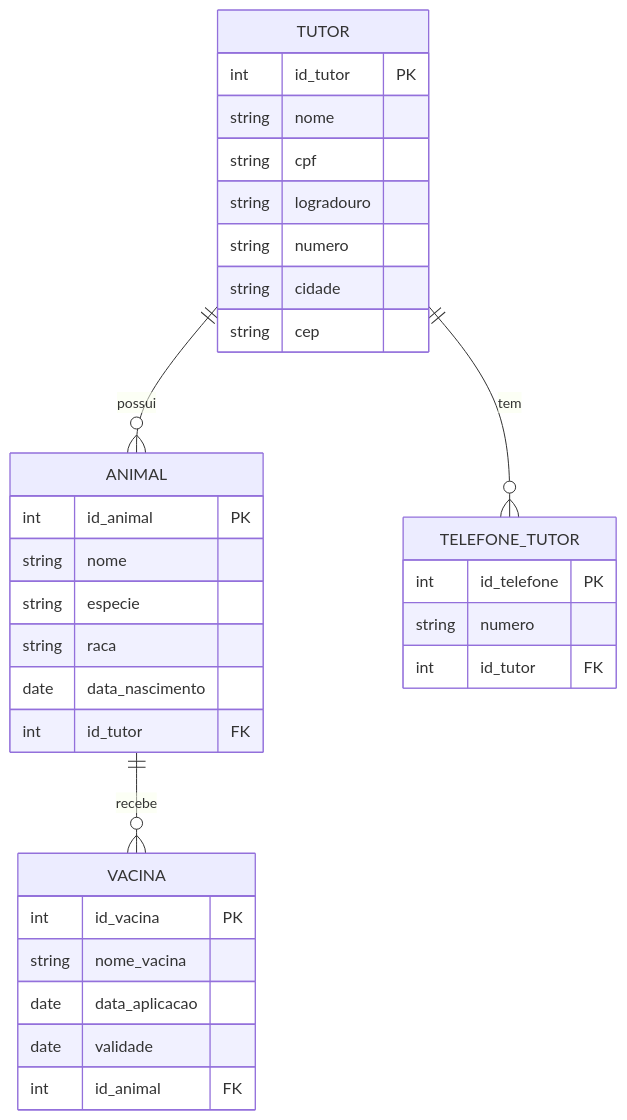
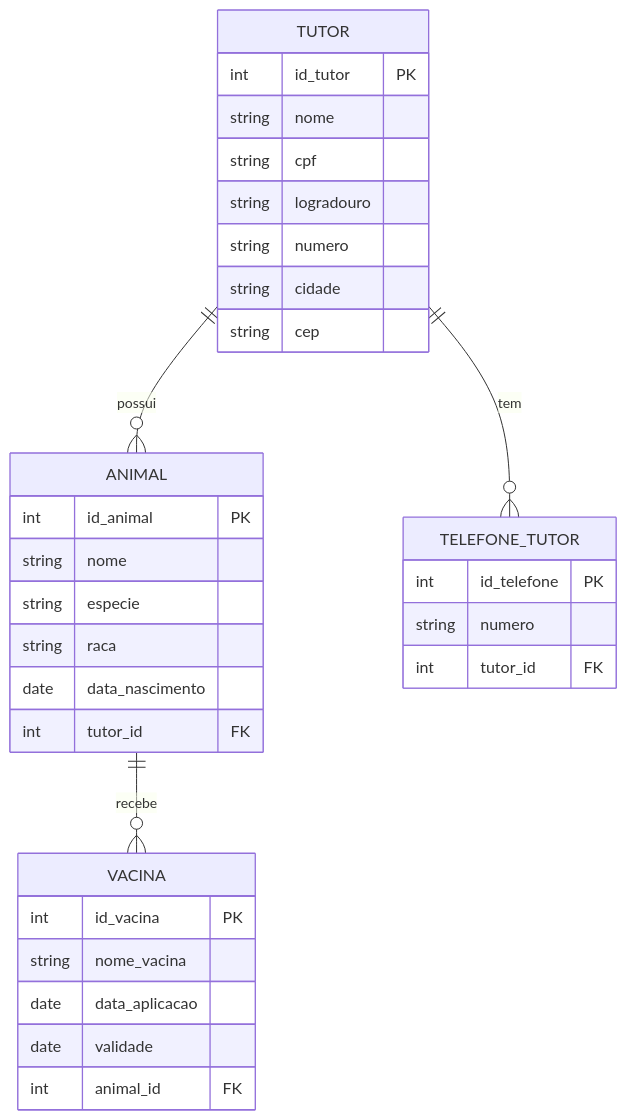
Before and after one commit to GTI-Fatec-Jahu/BDA-GTI-2026-2: the first of 5 diagrams in docs/aulas/Aula_02_Gabarito.md, drawn with Mermaid. The commit also changed other lines of this file and 7 other files, not shown here.

````diff
--- a/docs/aulas/Aula_02_Gabarito.md
+++ b/docs/aulas/Aula_02_Gabarito.md
@@ -18,36 +18,36 @@
 ```mermaid
 erDiagram
     TUTOR {
         int id_tutor PK
         string nome
         string cpf
         string logradouro
         string numero
         string cidade
         string cep
     }
     ANIMAL {
         int id_animal PK
         string nome
         string especie
         string raca
         date data_nascimento
-        int id_tutor FK
+        int tutor_id FK
     }
     VACINA {
         int id_vacina PK
         string nome_vacina
         date data_aplicacao
         date validade
-        int id_animal FK
+        int animal_id FK
     }
     TELEFONE_TUTOR {
         int id_telefone PK
         string numero
-        int id_tutor FK
+        int tutor_id FK
     }
 
     TUTOR ||--o{ ANIMAL : "possui"
     ANIMAL ||--o{ VACINA : "recebe"
     TUTOR ||--o{ TELEFONE_TUTOR : "tem"
 ```
````
